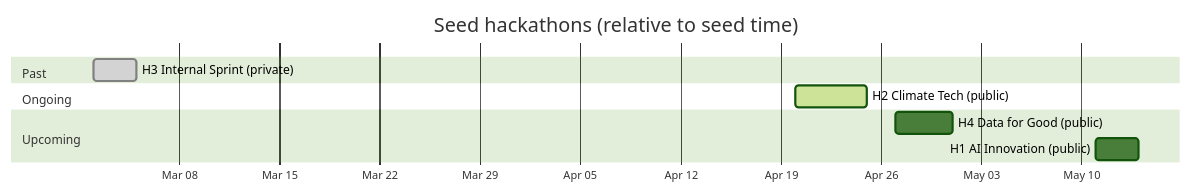
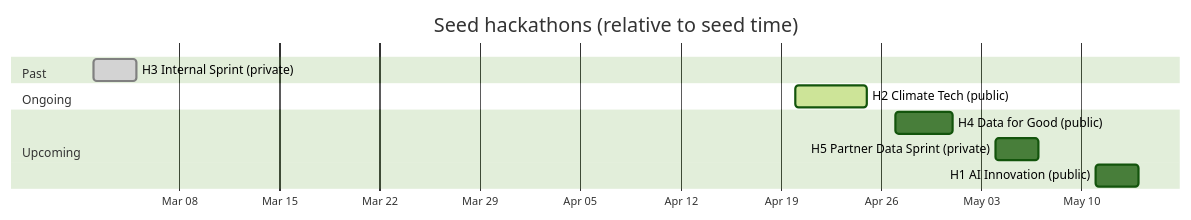
One commit to SwissDataScienceCenter/hackagon changed the diagram in components/backend/cmd/seed/README.md. Above: the diagram before and after it, drawn with Mermaid (forest theme). The commit also changed other lines of this file and 3 other files, not shown here.

````diff
--- a/components/backend/cmd/seed/README.md
+++ b/components/backend/cmd/seed/README.md
@@ -126,16 +128,17 @@
 ```mermaid
 gantt
     title Seed hackathons (relative to seed time)
     dateFormat YYYY-MM-DD
     axisFormat %b %d
 
     section Past
     H3 Internal Sprint (private)    :done, 2026-03-02, 3d
 
     section Ongoing
     H2 Climate Tech (public)        :active, 2026-04-20, 5d
 
     section Upcoming
-    H4 Data for Good (public)       :2026-04-27, 4d
-    H1 AI Innovation (public)       :2026-05-11, 3d
+    H4 Data for Good (public)        :2026-04-27, 4d
+    H5 Partner Data Sprint (private) :2026-05-04, 3d
+    H1 AI Innovation (public)        :2026-05-11, 3d
 ```
````
